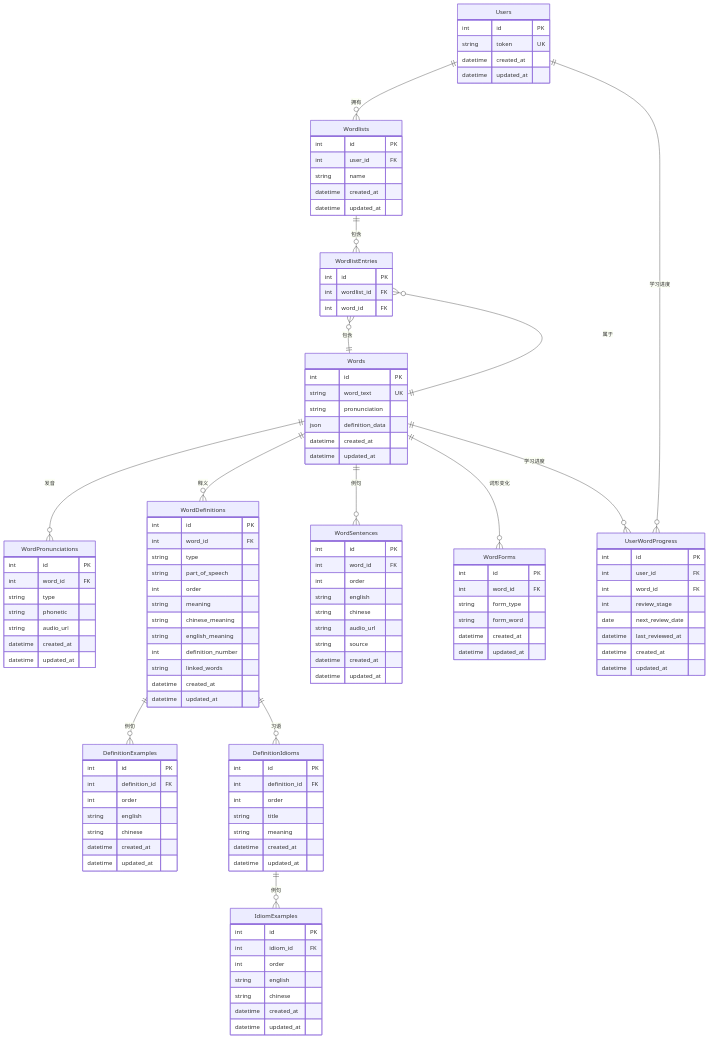
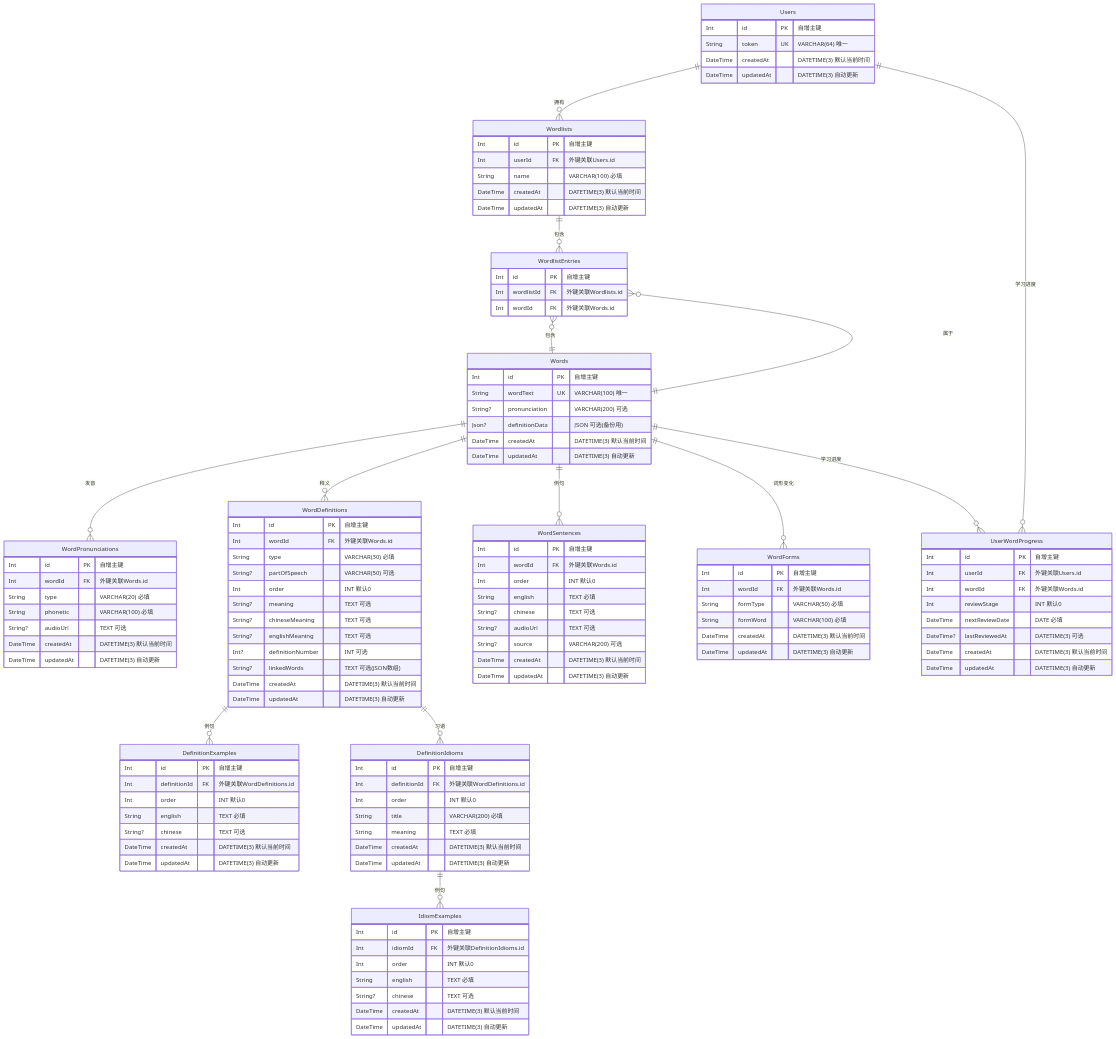
The first of 2 diagrams in Design Documentation/数据库关系图.md (yunyv/A4-Word-Memorization), drawn with Mermaid before and after one commit. The commit also changed other lines of this file, not shown here.

````diff
--- a/Design Documentation/数据库关系图.md
+++ b/Design Documentation/数据库关系图.md
@@ -5,120 +6,120 @@
 ```mermaid
 erDiagram
     Users {
-        int id PK
-        string token UK
-        datetime created_at
-        datetime updated_at
+        Int id PK "自增主键"
+        String token UK "VARCHAR(64) 唯一"
+        DateTime createdAt "DATETIME(3) 默认当前时间"
+        DateTime updatedAt "DATETIME(3) 自动更新"
     }
 
     Wordlists {
-        int id PK
-        int user_id FK
-        string name
-        datetime created_at
-        datetime updated_at
+        Int id PK "自增主键"
+        Int userId FK "外键关联Users.id"
+        String name "VARCHAR(100) 必填"
+        DateTime createdAt "DATETIME(3) 默认当前时间"
+        DateTime updatedAt "DATETIME(3) 自动更新"
     }
 
     Words {
-        int id PK
-        string word_text UK
-        string pronunciation
-        json definition_data
-        datetime created_at
-        datetime updated_at
+        Int id PK "自增主键"
+        String wordText UK "VARCHAR(100) 唯一"
+        String? pronunciation "VARCHAR(200) 可选"
+        Json? definitionData "JSON 可选(备份用)"
+        DateTime createdAt "DATETIME(3) 默认当前时间"
+        DateTime updatedAt "DATETIME(3) 自动更新"
     }
 
     WordPronunciations {
-        int id PK
-        int word_id FK
-        string type
-        string phonetic
-        string audio_url
-        datetime created_at
-        datetime updated_at
+        Int id PK "自增主键"
+        Int wordId FK "外键关联Words.id"
+        String type "VARCHAR(20) 必填"
+        String phonetic "VARCHAR(100) 必填"
+        String? audioUrl "TEXT 可选"
+        DateTime createdAt "DATETIME(3) 默认当前时间"
+        DateTime updatedAt "DATETIME(3) 自动更新"
     }
 
     WordDefinitions {
-        int id PK
-        int word_id FK
-        string type
-        string part_of_speech
-        int order
-        string meaning
-        string chinese_meaning
-        string english_meaning
-        int definition_number
-        string linked_words
-        datetime created_at
-        datetime updated_at
+        Int id PK "自增主键"
+        Int wordId FK "外键关联Words.id"
+        String type "VARCHAR(30) 必填"
+        String? partOfSpeech "VARCHAR(50) 可选"
+        Int order "INT 默认0"
+        String? meaning "TEXT 可选"
+        String? chineseMeaning "TEXT 可选"
+        String? englishMeaning "TEXT 可选"
+        Int? definitionNumber "INT 可选"
+        String? linkedWords "TEXT 可选(JSON数组)"
+        DateTime createdAt "DATETIME(3) 默认当前时间"
+        DateTime updatedAt "DATETIME(3) 自动更新"
     }
 
     DefinitionExamples {
-        int id PK
-        int definition_id FK
-        int order
-        string english
-        string chinese
-        datetime created_at
-        datetime updated_at
+        Int id PK "自增主键"
+        Int definitionId FK "外键关联WordDefinitions.id"
+        Int order "INT 默认0"
+        String english "TEXT 必填"
+        String? chinese "TEXT 可选"
+        DateTime createdAt "DATETIME(3) 默认当前时间"
+        DateTime updatedAt "DATETIME(3) 自动更新"
     }
 
     DefinitionIdioms {
-        int id PK
-        int definition_id FK
-        int order
-        string title
-        string meaning
-        datetime created_at
-        datetime updated_at
+        Int id PK "自增主键"
+        Int definitionId FK "外键关联WordDefinitions.id"
+        Int order "INT 默认0"
+        String title "VARCHAR(200) 必填"
+        String meaning "TEXT 必填"
+        DateTime createdAt "DATETIME(3) 默认当前时间"
+        DateTime updatedAt "DATETIME(3) 自动更新"
     }
 
     IdiomExamples {
-        int id PK
-        int idiom_id FK
-        int order
-        string english
-        string chinese
-        datetime created_at
-        datetime updated_at
+        Int id PK "自增主键"
+        Int idiomId FK "外键关联DefinitionIdioms.id"
+        Int order "INT 默认0"
+        String english "TEXT 必填"
+        String? chinese "TEXT 可选"
+        DateTime createdAt "DATETIME(3) 默认当前时间"
+        DateTime updatedAt "DATETIME(3) 自动更新"
     }
 
     WordSentences {
-        int id PK
-        int word_id FK
-        int order
-        string english
-        string chinese
-        string audio_url
-        string source
-        datetime created_at
-        datetime updated_at
+        Int id PK "自增主键"
+        Int wordId FK "外键关联Words.id"
+        Int order "INT 默认0"
+        String english "TEXT 必填"
+        String? chinese "TEXT 可选"
+        String? audioUrl "TEXT 可选"
+        String? source "VARCHAR(200) 可选"
+        DateTime createdAt "DATETIME(3) 默认当前时间"
+        DateTime updatedAt "DATETIME(3) 自动更新"
     }
 
     WordForms {
-        int id PK
-        int word_id FK
-        string form_type
-        string form_word
-        datetime created_at
-        datetime updated_at
+        Int id PK "自增主键"
+        Int wordId FK "外键关联Words.id"
+        String formType "VARCHAR(50) 必填"
+        String formWord "VARCHAR(100) 必填"
+        DateTime createdAt "DATETIME(3) 默认当前时间"
+        DateTime updatedAt "DATETIME(3) 自动更新"
     }
 
     WordlistEntries {
-        int id PK
-        int wordlist_id FK
-        int word_id FK
+        Int id PK "自增主键"
+        Int wordlistId FK "外键关联Wordlists.id"
+        Int wordId FK "外键关联Words.id"
     }
 
     UserWordProgress {
-        int id PK
-        int user_id FK
-        int word_id FK
-        int review_stage
-        date next_review_date
-        datetime last_reviewed_at
-        datetime created_at
-        datetime updated_at
+        Int id PK "自增主键"
+        Int userId FK "外键关联Users.id"
+        Int wordId FK "外键关联Words.id"
+        Int reviewStage "INT 默认0"
+        DateTime nextReviewDate "DATE 必填"
+        DateTime? lastReviewedAt "DATETIME(3) 可选"
+        DateTime createdAt "DATETIME(3) 默认当前时间"
+        DateTime updatedAt "DATETIME(3) 自动更新"
     }
 
     %% 关系定义
````
